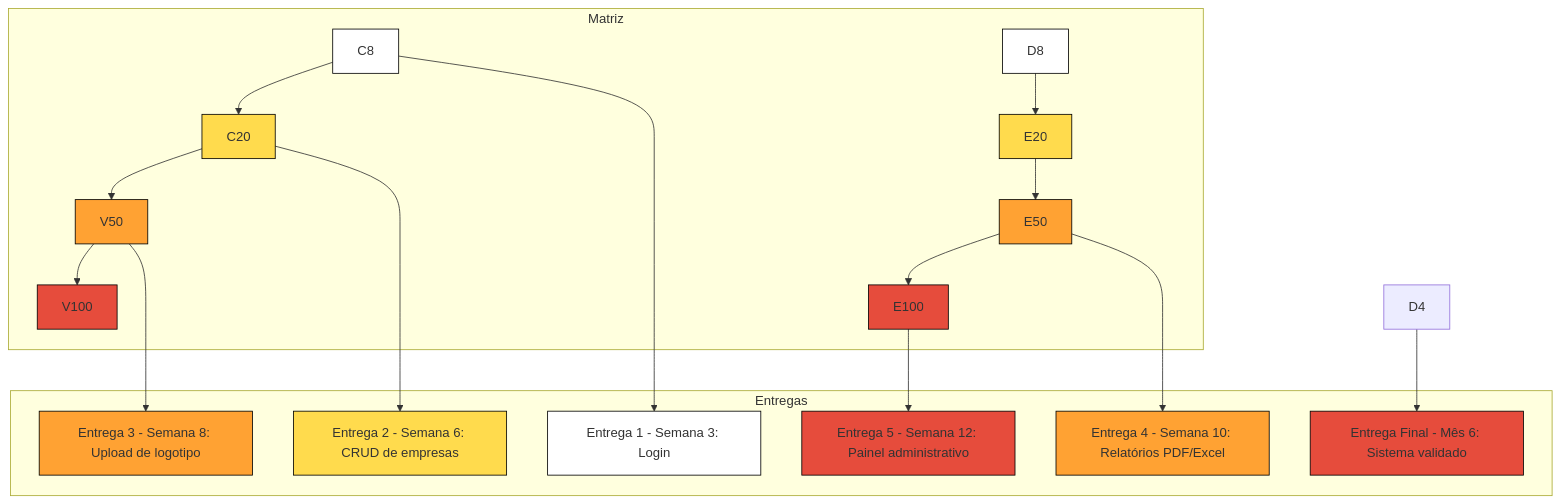
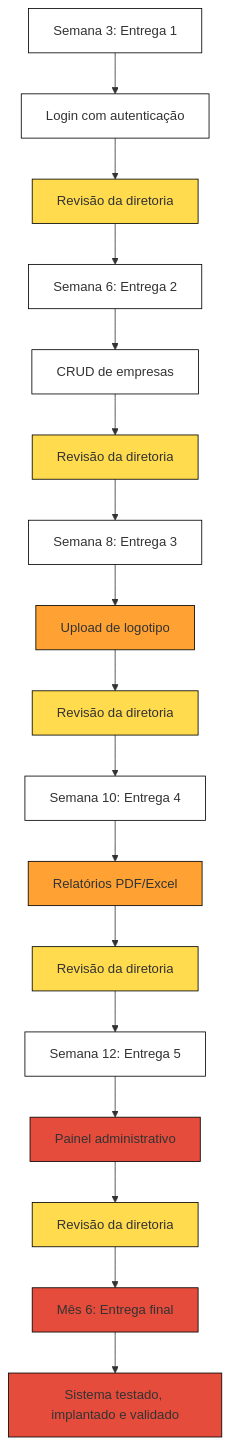
Before and after one commit to LucasBParada/modelos-gantt-crystal: the diagram in README2.md, drawn with Mermaid.

````diff
--- a/README2.md
+++ b/README2.md
@@ -1,29 +1,42 @@
 ```mermaid
 graph TD
-  subgraph Matriz
-    A1["C8"]:::branco --> A2["C20"]:::amarelo --> A3["V50"]:::laranja --> A4["V100"]:::vermelho
-    B1["D8"]:::branco --> B2["E20"]:::amarelo --> B3["E50"]:::laranja --> B4["E100"]:::vermelho
-  end
+  %% Entregas parciais Crystal Clear
 
-  subgraph Entregas
-    E1["Entrega 1 - Semana 3: Login"]:::branco
-    E2["Entrega 2 - Semana 6: CRUD de empresas"]:::amarelo
-    E3["Entrega 3 - Semana 8: Upload de logotipo"]:::laranja
-    E4["Entrega 4 - Semana 10: Relatórios PDF/Excel"]:::laranja
-    E5["Entrega 5 - Semana 12: Painel administrativo"]:::vermelho
-    EF["Entrega Final - Mês 6: Sistema validado"]:::vermelho
-  end
+  %% Entrega 1
+  E1["Semana 3: Entrega 1"]:::branco --> F1["Login com autenticação"]:::branco
+  F1 --> R1["Revisão da diretoria"]:::amarelo
 
-  A1 --> E1
-  A2 --> E2
-  A3 --> E3
-  B3 --> E4
-  B4 --> E5
-  D4 --> EF
+  %% Entrega 2
+  E2["Semana 6: Entrega 2"]:::branco --> F2["CRUD de empresas"]:::branco
+  F2 --> R2["Revisão da diretoria"]:::amarelo
 
+  %% Entrega 3
+  E3["Semana 8: Entrega 3"]:::branco --> F3["Upload de logotipo"]:::laranja
+  F3 --> R3["Revisão da diretoria"]:::amarelo
+
+  %% Entrega 4
+  E4["Semana 10: Entrega 4"]:::branco --> F4["Relatórios PDF/Excel"]:::laranja
+  F4 --> R4["Revisão da diretoria"]:::amarelo
+
+  %% Entrega 5
+  E5["Semana 12: Entrega 5"]:::branco --> F5["Painel administrativo"]:::vermelho
+  F5 --> R5["Revisão da diretoria"]:::amarelo
+
+  %% Entrega final
+  EF["Mês 6: Entrega final"]:::vermelho --> FF["Sistema testado, implantado e validado"]:::vermelho
+
+  %% Sequência linear de entregas
+  R1 --> E2
+  R2 --> E3
+  R3 --> E4
+  R4 --> E5
+  R5 --> EF
+
+  %% Definição de cores
   classDef branco fill:#fff, stroke:#000, stroke-width:1px;
   classDef amarelo fill:#FFDB4D, stroke:#000, stroke-width:1px;
   classDef laranja fill:#FFA233, stroke:#000, stroke-width:1px;
   classDef vermelho fill:#E64C3C, stroke:#000, stroke-width:1px;
 
+
 ```
````
